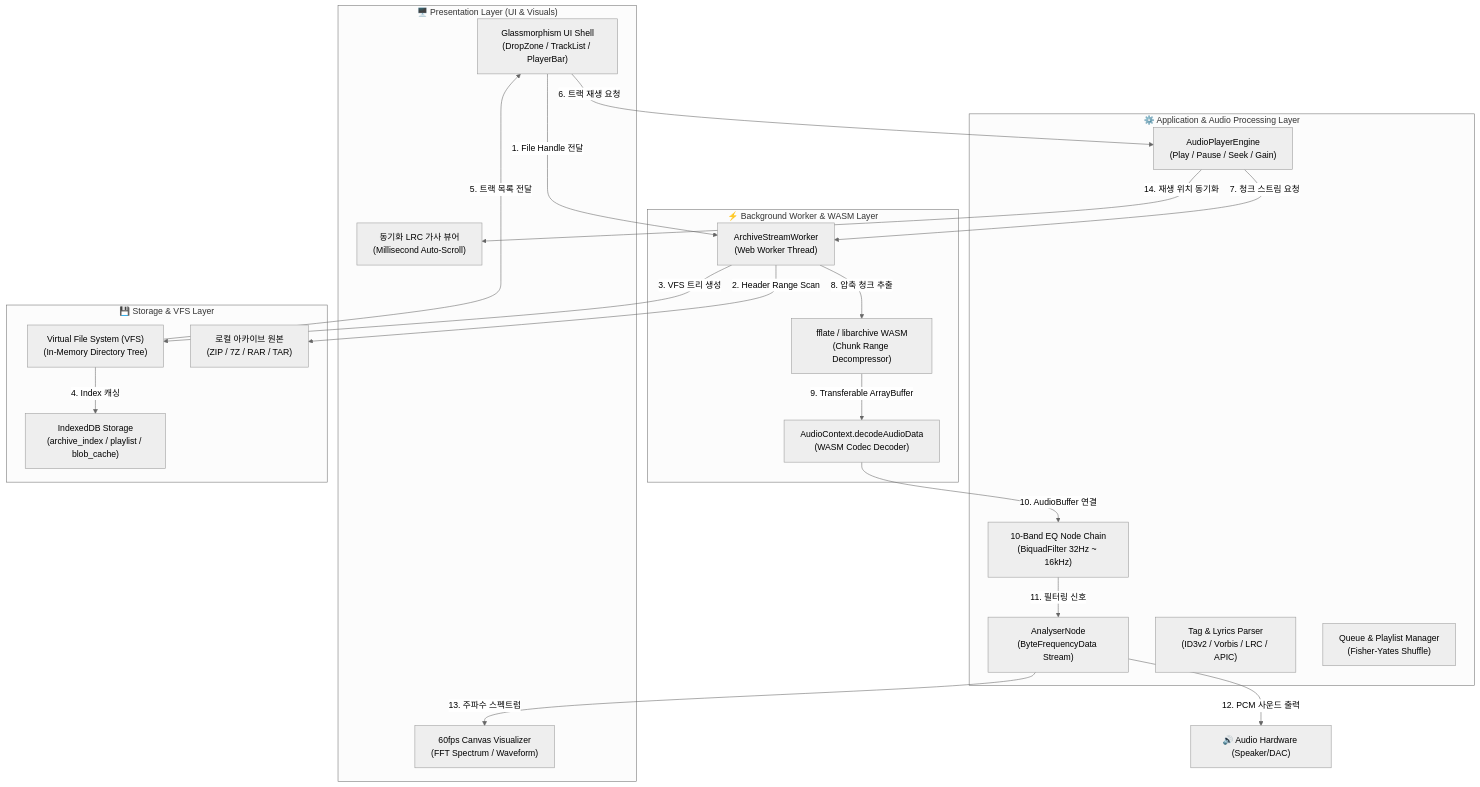
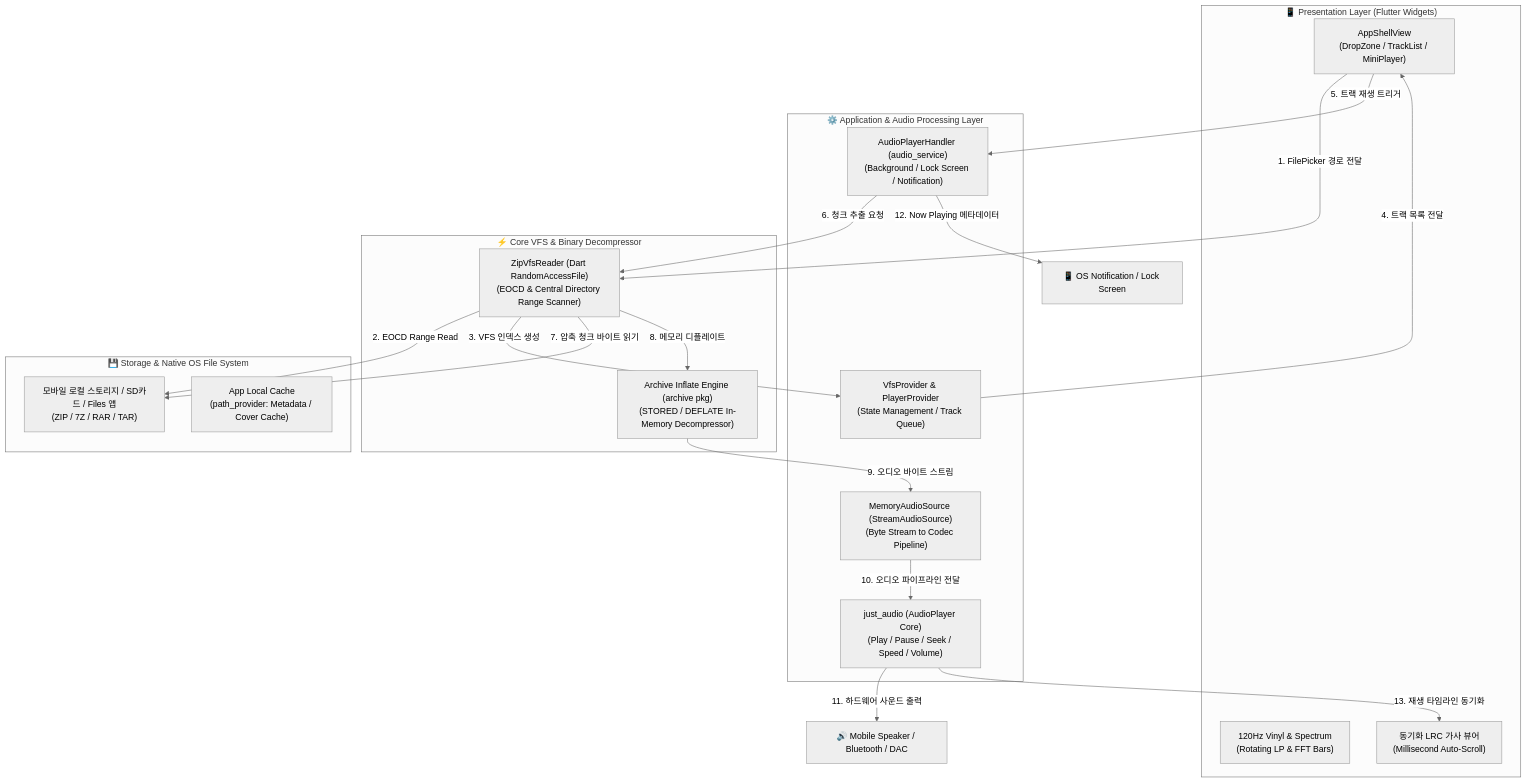
The diagram in doc/04-아키텍처.md (h2y0229/h2y-music-app), drawn with Mermaid (neutral theme) before and after one commit. The commit also changed other lines of this file and 126 other files, not shown here.

````diff
--- a/doc/04-아키텍처.md
+++ b/doc/04-아키텍처.md
@@ -16,44 +16,40 @@
 ```mermaid
 flowchart TB
-    subgraph ClientLayer["🖥️ Presentation Layer (UI & Visuals)"]
-        UI_Shell["Glassmorphism UI Shell<br/>(DropZone / TrackList / PlayerBar)"]
-        Canvas_Visualizer["60fps Canvas Visualizer<br/>(FFT Spectrum / Waveform)"]
+    subgraph ClientLayer["📱 Presentation Layer (Flutter Widgets)"]
+        UI_Shell["AppShellView<br/>(DropZone / TrackList / MiniPlayer)"]
+        Vinyl_Visualizer["120Hz Vinyl & Spectrum<br/>(Rotating LP & FFT Bars)"]
         Lyrics_View["동기화 LRC 가사 뷰어<br/>(Millisecond Auto-Scroll)"]
     end
 
     subgraph AppLayer["⚙️ Application & Audio Processing Layer"]
-        Audio_Engine["AudioPlayerEngine<br/>(Play / Pause / Seek / Gain)"]
-        DSP_Chain["10-Band EQ Node Chain<br/>(BiquadFilter 32Hz ~ 16kHz)"]
-        Analyser_Node["AnalyserNode<br/>(ByteFrequencyData Stream)"]
-        Tag_Parser["Tag & Lyrics Parser<br/>(ID3v2 / Vorbis / LRC / APIC)"]
-        Queue_Mgr["Queue & Playlist Manager<br/>(Fisher-Yates Shuffle)"]
+        Audio_Handler["AudioPlayerHandler (audio_service)<br/>(Background / Lock Screen / Notification)"]
+        Audio_Player["just_audio (AudioPlayer Core)<br/>(Play / Pause / Seek / Speed / Volume)"]
+        Stream_Source["MemoryAudioSource (StreamAudioSource)<br/>(Byte Stream to Codec Pipeline)"]
+        Vfs_Provider["VfsProvider & PlayerProvider<br/>(State Management / Track Queue)"]
     end
 
-    subgraph WorkerLayer["⚡ Background Worker & WASM Layer"]
-        Archive_Worker["ArchiveStreamWorker<br/>(Web Worker Thread)"]
-        WASM_Unpacker["fflate / libarchive WASM<br/>(Chunk Range Decompressor)"]
-        PCM_Decoder["AudioContext.decodeAudioData<br/>(WASM Codec Decoder)"]
+    subgraph EngineLayer["⚡ Core VFS & Binary Decompressor"]
+        Zip_Reader["ZipVfsReader (Dart RandomAccessFile)<br/>(EOCD & Central Directory Range Scanner)"]
+        Inflate_Engine["Archive Inflate Engine (archive pkg)<br/>(STORED / DEFLATE In-Memory Decompressor)"]
     end
 
-    subgraph StorageLayer["💾 Storage & VFS Layer"]
-        VFS_Index["Virtual File System (VFS)<br/>(In-Memory Directory Tree)"]
-        IDB_Store["IndexedDB Storage<br/>(archive_index / playlist / blob_cache)"]
-        Local_Files["로컬 아카이브 원본<br/>(ZIP / 7Z / RAR / TAR)"]
+    subgraph StorageLayer["💾 Storage & Native OS File System"]
+        Native_Files["모바일 로컬 스토리지 / SD카드 / Files 앱<br/>(ZIP / 7Z / RAR / TAR)"]
+        App_Storage["App Local Cache<br/>(path_provider: Metadata / Cover Cache)"]
     end
 
-    UI_Shell -->|1. File Handle 전달| Archive_Worker
-    Archive_Worker -->|2. Header Range Scan| Local_Files
-    Archive_Worker -->|3. VFS 트리 생성| VFS_Index
-    VFS_Index -->|4. Index 캐싱| IDB_Store
-    VFS_Index -->|5. 트랙 목록 전달| UI_Shell
+    UI_Shell -->|1. FilePicker 경로 전달| Zip_Reader
+    Zip_Reader -->|2. EOCD Range Read| Native_Files
+    Zip_Reader -->|3. VFS 인덱스 생성| Vfs_Provider
+    Vfs_Provider -->|4. 트랙 목록 전달| UI_Shell
 
-    UI_Shell -->|6. 트랙 재생 요청| Audio_Engine
-    Audio_Engine -->|7. 청크 스트림 요청| Archive_Worker
-    Archive_Worker -->|8. 압축 청크 추출| WASM_Unpacker
-    WASM_Unpacker -->|9. Transferable ArrayBuffer| PCM_Decoder
-    PCM_Decoder -->|10. AudioBuffer 연결| DSP_Chain
-    DSP_Chain -->|11. 필터링 신호| Analyser_Node
-    Analyser_Node -->|12. PCM 사운드 출력| Speaker["🔊 Audio Hardware (Speaker/DAC)"]
-    Analyser_Node -->|13. 주파수 스펙트럼| Canvas_Visualizer
-    Audio_Engine -->|14. 재생 위치 동기화| Lyrics_View
+    UI_Shell -->|5. 트랙 재생 트리거| Audio_Handler
+    Audio_Handler -->|6. 청크 추출 요청| Zip_Reader
+    Zip_Reader -->|7. 압축 청크 바이트 읽기| Native_Files
+    Zip_Reader -->|8. 메모리 디플레이트| Inflate_Engine
+    Inflate_Engine -->|9. 오디오 바이트 스트림| Stream_Source
+    Stream_Source -->|10. 오디오 파이프라인 전달| Audio_Player
+    Audio_Player -->|11. 하드웨어 사운드 출력| Speaker["🔊 Mobile Speaker / Bluetooth / DAC"]
+    Audio_Handler -->|12. Now Playing 메타데이터| OS_LockScreen["📱 OS Notification / Lock Screen"]
+    Audio_Player -->|13. 재생 타임라인 동기화| Lyrics_View
 ```
````
